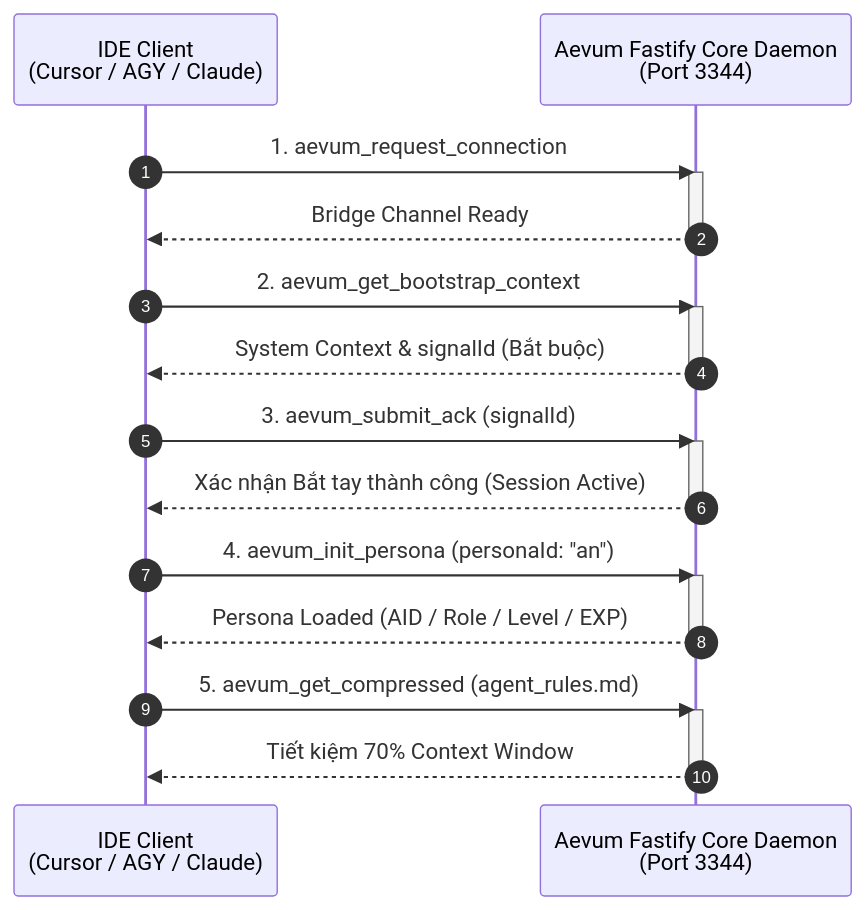
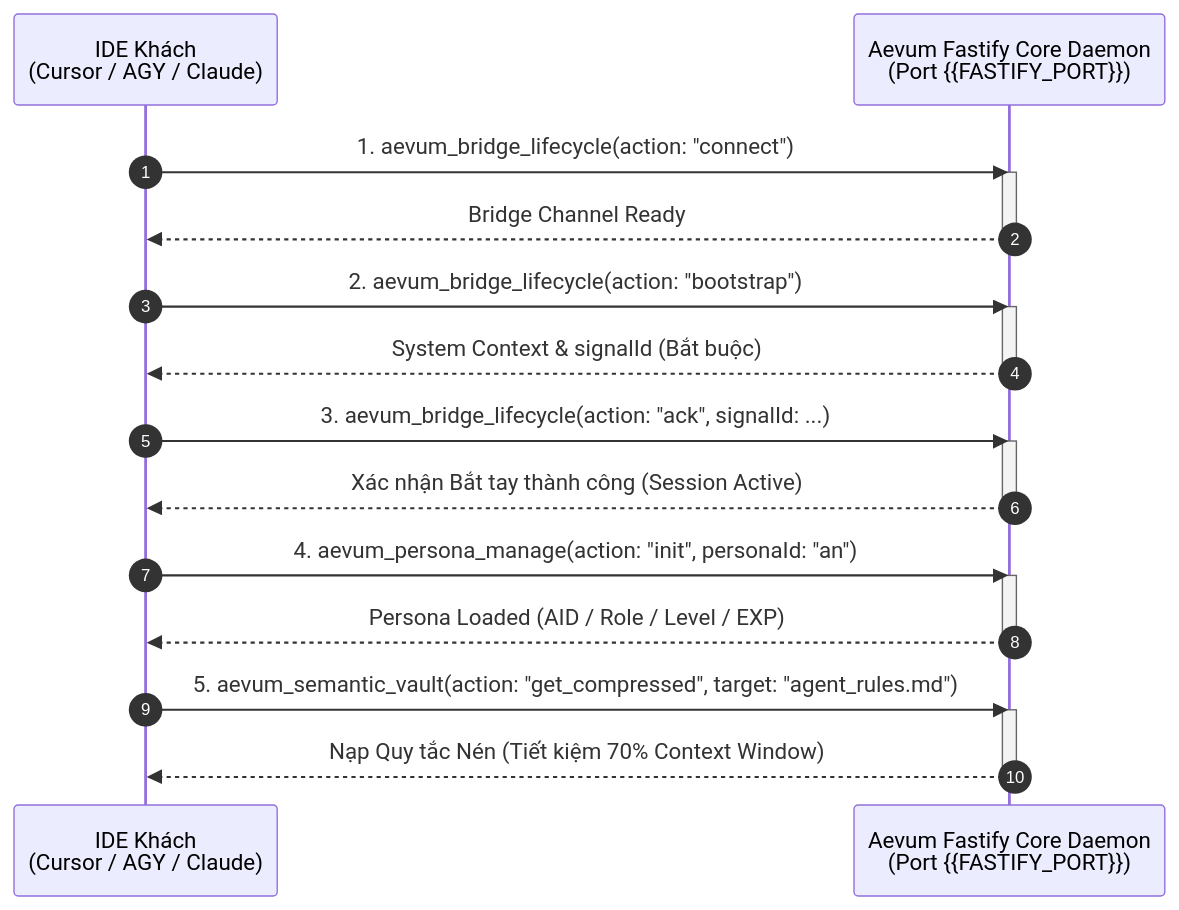
One commit to hainguyen011/Aevum-website changed the diagram in content/docs/05-handshake-ritual.md. Above: the diagram before and after it, drawn with Mermaid. The commit also changed other lines of this file and 46 other files, not shown here.

````diff
--- a/content/docs/05-handshake-ritual.md
+++ b/content/docs/05-handshake-ritual.md
@@ -12,31 +12,31 @@
 ```mermaid
 sequenceDiagram
     autonumber
-    participant IDE as IDE Client<br/>(Cursor / AGY / Claude)
-    participant Core as Aevum Fastify Core Daemon<br/>(Port 3344)
+    participant IDE as IDE Khách<br/>(Cursor / AGY / Claude)
+    participant Core as Aevum Fastify Core Daemon<br/>(Port {{FASTIFY_PORT}})
 
-    IDE->>Core: 1. aevum_request_connection
+    IDE->>Core: 1. aevum_bridge_lifecycle(action: "connect")
     activate Core
     Core-->>IDE: Bridge Channel Ready
     deactivate Core
 
-    IDE->>Core: 2. aevum_get_bootstrap_context
+    IDE->>Core: 2. aevum_bridge_lifecycle(action: "bootstrap")
     activate Core
     Core-->>IDE: System Context & signalId (Bắt buộc)
     deactivate Core
 
-    IDE->>Core: 3. aevum_submit_ack (signalId)
+    IDE->>Core: 3. aevum_bridge_lifecycle(action: "ack", signalId: ...)
     activate Core
     Core-->>IDE: Xác nhận Bắt tay thành công (Session Active)
     deactivate Core
 
-    IDE->>Core: 4. aevum_init_persona (personaId: "an")
+    IDE->>Core: 4. aevum_persona_manage(action: "init", personaId: "an")
     activate Core
     Core-->>IDE: Persona Loaded (AID / Role / Level / EXP)
     deactivate Core
 
-    IDE->>Core: 5. aevum_get_compressed (agent_rules.md)
+    IDE->>Core: 5. aevum_semantic_vault(action: "get_compressed", target: "agent_rules.md")
     activate Core
-    Core-->>IDE: Tiết kiệm 70% Context Window
+    Core-->>IDE: Nạp Quy tắc Nén (Tiết kiệm 70% Context Window)
     deactivate Core
 ```
````
